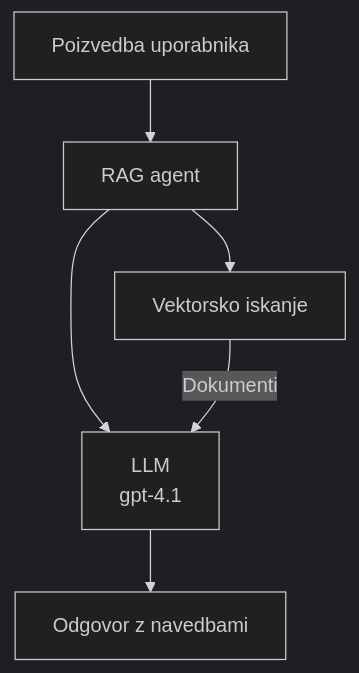
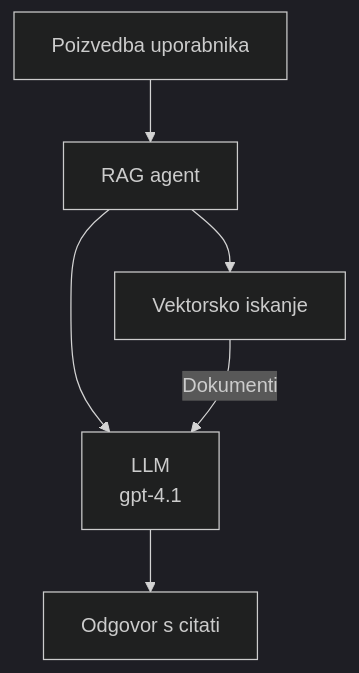
The second of 3 diagrams in translations/sl/docs/chapter-02-ai-development/agents.md (microsoft/AZD-for-beginners), drawn with Mermaid (dark theme) before and after one commit. The commit also changed other lines of this file and 101 other files, not shown here.

````diff
--- a/translations/sl/docs/chapter-02-ai-development/agents.md
+++ b/translations/sl/docs/chapter-02-ai-development/agents.md
@@ -170,8 +175,8 @@
 ```mermaid
 graph TD
     Query[Poizvedba uporabnika] --> RAG[RAG agent]
     RAG --> Vector[Vektorsko iskanje]
     RAG --> LLM[LLM<br/>gpt-4.1]
     Vector -- Dokumenti --> LLM
-    LLM --> Response[Odgovor z navedbami]
+    LLM --> Response[Odgovor s citati]
 ```
````
